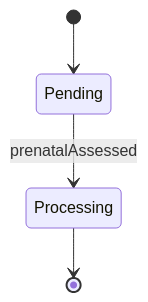
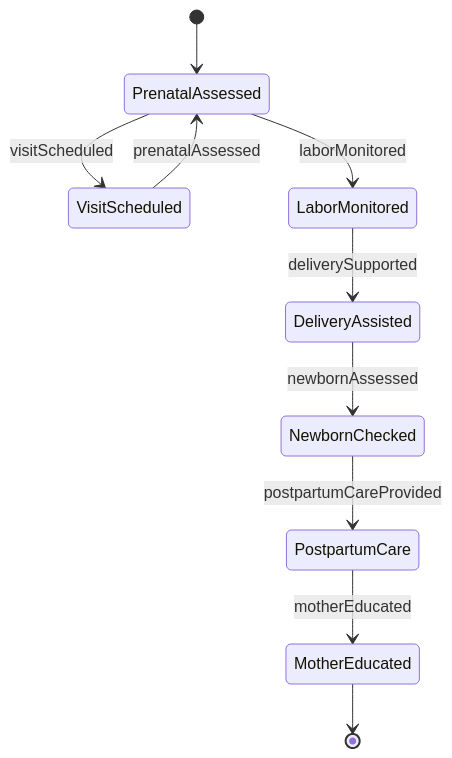
Before and after one commit to dot-org-ai/tasks.org.ai: the second of 4 diagrams in AssistingAndCaringForOthers/AdministerBasicHealthCareOrMedicalTreatments/CareWomenDuringPregnancyChildbirth.mdx, drawn with Mermaid. The commit also changed other lines of this file and 32 other files, not shown here.

First line of the commit message:
fix: Improve ER and State diagrams in 32 AssistingAndCaringForOthers DWA files

````diff
--- a/AssistingAndCaringForOthers/AdministerBasicHealthCareOrMedicalTreatments/CareWomenDuringPregnancyChildbirth.mdx
+++ b/AssistingAndCaringForOthers/AdministerBasicHealthCareOrMedicalTreatments/CareWomenDuringPregnancyChildbirth.mdx
@@ -99,6 +99,12 @@
 ```mermaid
 stateDiagram-v2
-    [*] --> Pending
-    Pending --> Processing : prenatalAssessed
-    Processing --> [*]
+    [*] --> PrenatalAssessed
+    PrenatalAssessed --> VisitScheduled : visitScheduled
+    VisitScheduled --> PrenatalAssessed : prenatalAssessed
+    PrenatalAssessed --> LaborMonitored : laborMonitored
+    LaborMonitored --> DeliveryAssisted : deliverySupported
+    DeliveryAssisted --> NewbornChecked : newbornAssessed
+    NewbornChecked --> PostpartumCare : postpartumCareProvided
+    PostpartumCare --> MotherEducated : motherEducated
+    MotherEducated --> [*]
 ```
````
